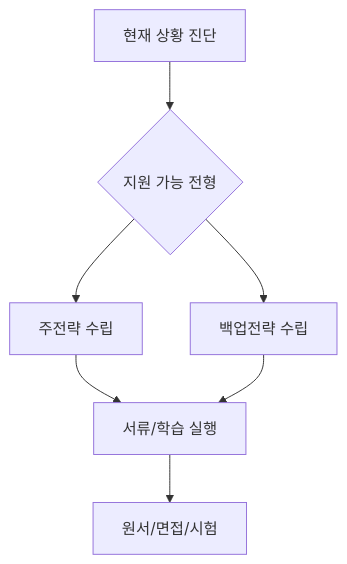
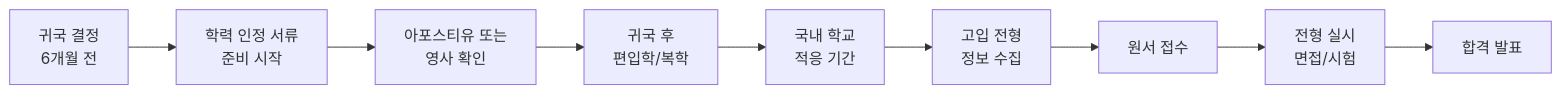
The third of 5 diagrams in frontend/public/resource-hub/other_special_situation_routes.md (Collegenie-X/AI-career-path), drawn with Mermaid before and after one commit. The commit also changed other lines of this file and 63 other files, not shown here.

````diff
--- a/frontend/public/resource-hub/other_special_situation_routes.md
+++ b/frontend/public/resource-hub/other_special_situation_routes.md
@@ -16,9 +242,11 @@
 ```mermaid
-flowchart TD
-  S[현재 상황 진단] --> A{지원 가능 전형}
-  A --> B[주전략 수립]
-  A --> C[백업전략 수립]
-  B --> D[서류/학습 실행]
-  C --> D
-  D --> E[원서/면접/시험]
+flowchart LR
+    A[귀국 결정<br>6개월 전] --> B[학력 인정 서류<br>준비 시작]
+    B --> C[아포스티유 또는<br>영사 확인]
+    C --> D[귀국 후<br>편입학/복학]
+    D --> E[국내 학교<br>적응 기간]
+    E --> F[고입 전형<br>정보 수집]
+    F --> G[원서 접수]
+    G --> H[전형 실시<br>면접/시험]
+    H --> I[합격 발표]
 ```
````
